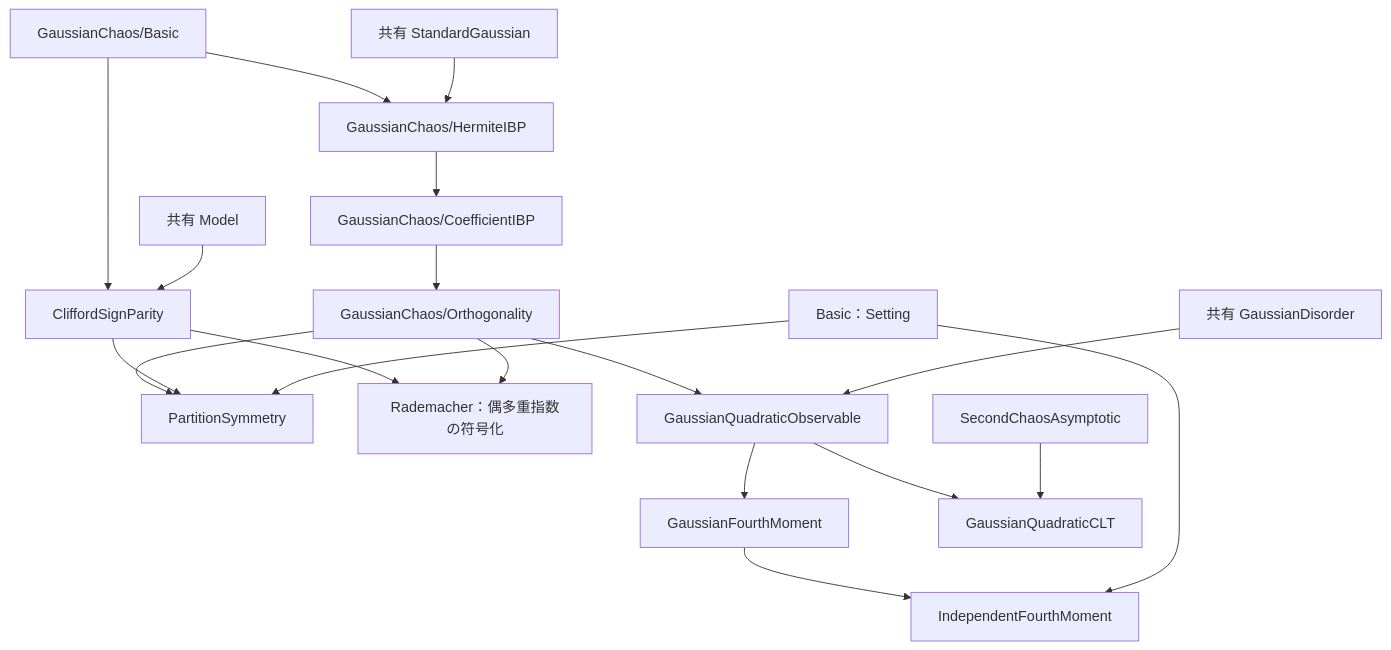
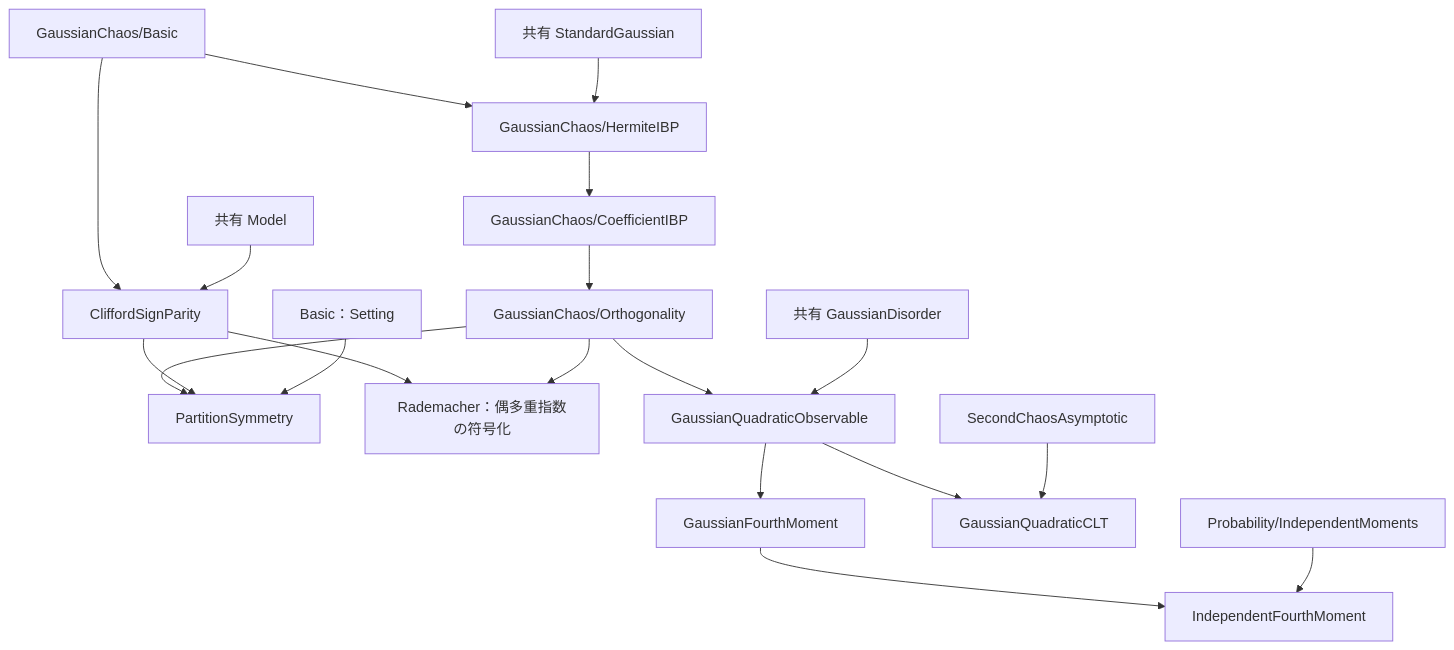
Before and after one commit to TokyoProbabilityGroup/SYK_CLT: the first of 3 diagrams in SYK/CLT/ARCHITECTURE.md, drawn with Mermaid. The commit also changed other lines of this file and 12 other files, not shown here.

````diff
--- a/SYK/CLT/ARCHITECTURE.md
+++ b/SYK/CLT/ARCHITECTURE.md
@@ -90,21 +90,21 @@
 ```mermaid
 flowchart TD
     basic["GaussianChaos/Basic"] --> hermiteibp["GaussianChaos/HermiteIBP"]
     hermiteibp --> chaos["GaussianChaos/CoefficientIBP"]
     basic --> parity["CliffordSignParity"]
     gaussian["共有 StandardGaussian"] --> hermiteibp
     model["共有 Model"] --> parity
     chaos --> orth["GaussianChaos/Orthogonality"]
     orth --> prelim["PartitionSymmetry"]
     parity --> prelim
     parity --> rademacher["Rademacher：偶多重指数の符号化"]
     orth --> rademacher
     orth --> observable["GaussianQuadraticObservable"]
     disorder["共有 GaussianDisorder"] --> observable
     observable --> fourth["GaussianFourthMoment"]
     observable --> quadratic["GaussianQuadraticCLT"]
     asymptotic["SecondChaosAsymptotic"] --> quadratic
     fourth --> independent["IndependentFourthMoment"]
+    independentMoments["Probability/IndependentMoments"] --> independent
     setting["Basic：Setting"] --> prelim
-    setting --> independent
 ```
````
